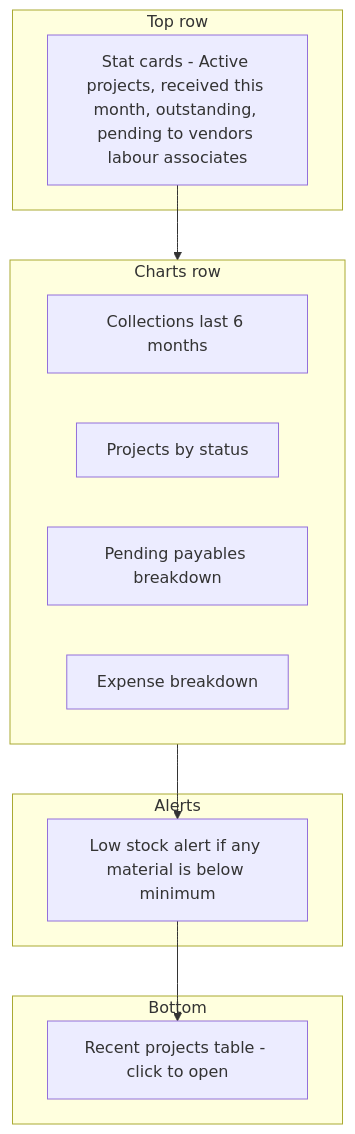
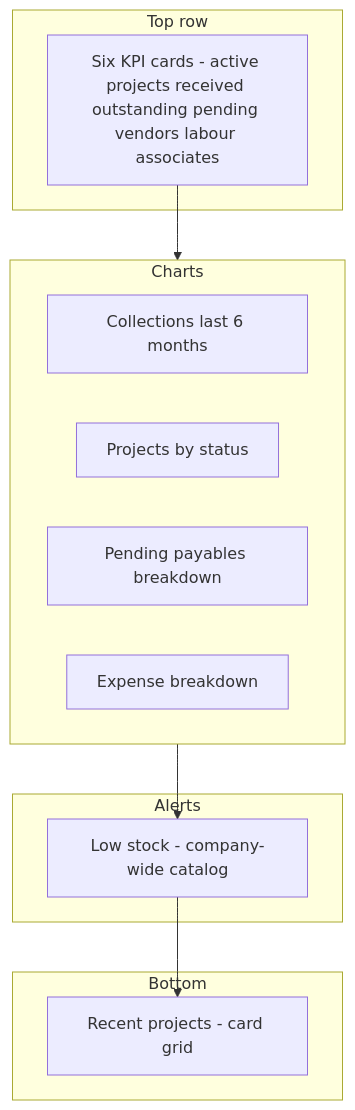
Before and after one commit to mishabcp/buildops: the second of 10 diagrams in docs/USER_GUIDE.md, drawn with Mermaid. The commit also changed other lines of this file and 45 other files, not shown here.

````diff
--- a/docs/USER_GUIDE.md
+++ b/docs/USER_GUIDE.md
@@ -30,21 +36,21 @@
 ```mermaid
 flowchart TB
   subgraph top [Top row]
-    Stats[Stat cards - Active projects, received this month, outstanding, pending to vendors labour associates]
+    Stats[Six KPI cards - active projects received outstanding pending vendors labour associates]
   end
-  subgraph charts [Charts row]
+  subgraph charts [Charts]
     C1[Collections last 6 months]
     C2[Projects by status]
     C3[Pending payables breakdown]
     C4[Expense breakdown]
   end
   subgraph alerts [Alerts]
-    LowStock[Low stock alert if any material is below minimum]
+    LowStock[Low stock - company-wide catalog]
   end
-  subgraph table [Bottom]
-    Recent[Recent projects table - click to open]
+  subgraph bottom [Bottom]
+    Recent[Recent projects - card grid]
   end
   Stats --> charts
   charts --> LowStock
   LowStock --> Recent
 ```
````
